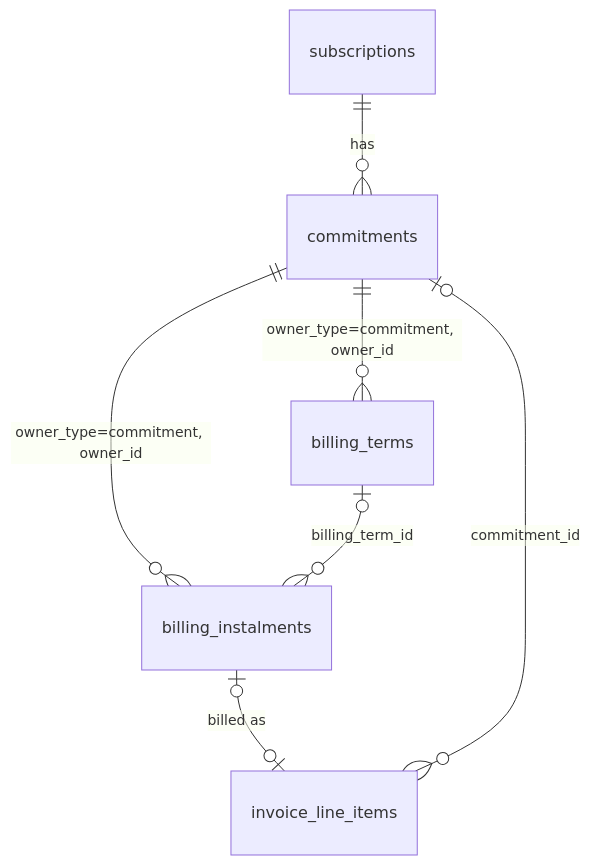
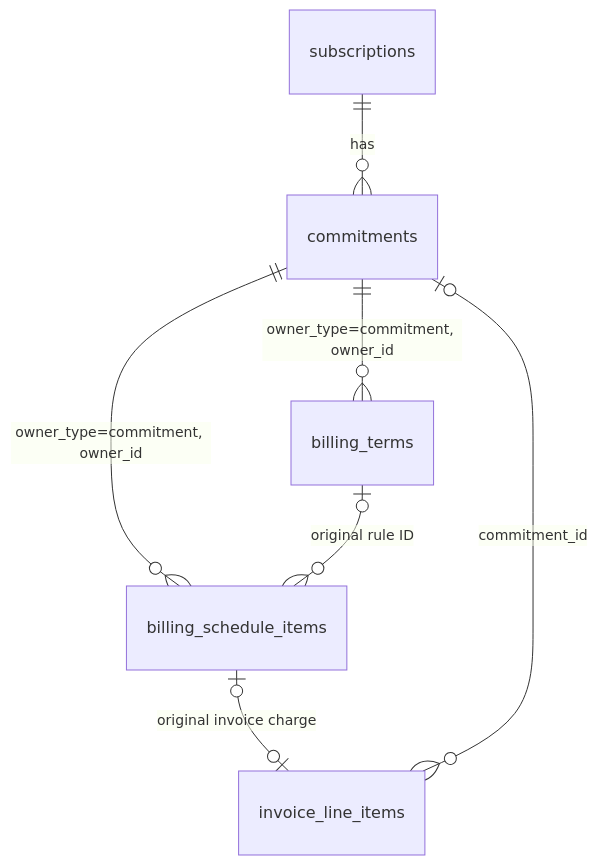
Before and after one commit to flexprice/flexprice: the diagram in docs/design/2026-10-07-FLE-1513-commitments-revamp-erd.md, drawn with Mermaid. The commit also changed other lines of this file and 8 other files, not shown here.

````diff
--- a/docs/design/2026-10-07-FLE-1513-commitments-revamp-erd.md
+++ b/docs/design/2026-10-07-FLE-1513-commitments-revamp-erd.md
@@ -245,9 +246,9 @@
 ```mermaid
 erDiagram
   subscriptions ||--o{ commitments : has
   commitments ||--o{ billing_terms : "owner_type=commitment, owner_id"
-  commitments ||--o{ billing_instalments : "owner_type=commitment, owner_id"
-  billing_terms |o--o{ billing_instalments : "billing_term_id"
-  billing_instalments |o--o| invoice_line_items : "billed as"
+  commitments ||--o{ billing_schedule_items : "owner_type=commitment, owner_id"
+  billing_terms |o--o{ billing_schedule_items : "original rule ID"
+  billing_schedule_items |o--o| invoice_line_items : "original invoice charge"
   invoice_line_items }o--o| commitments : "commitment_id"
 ```
````
